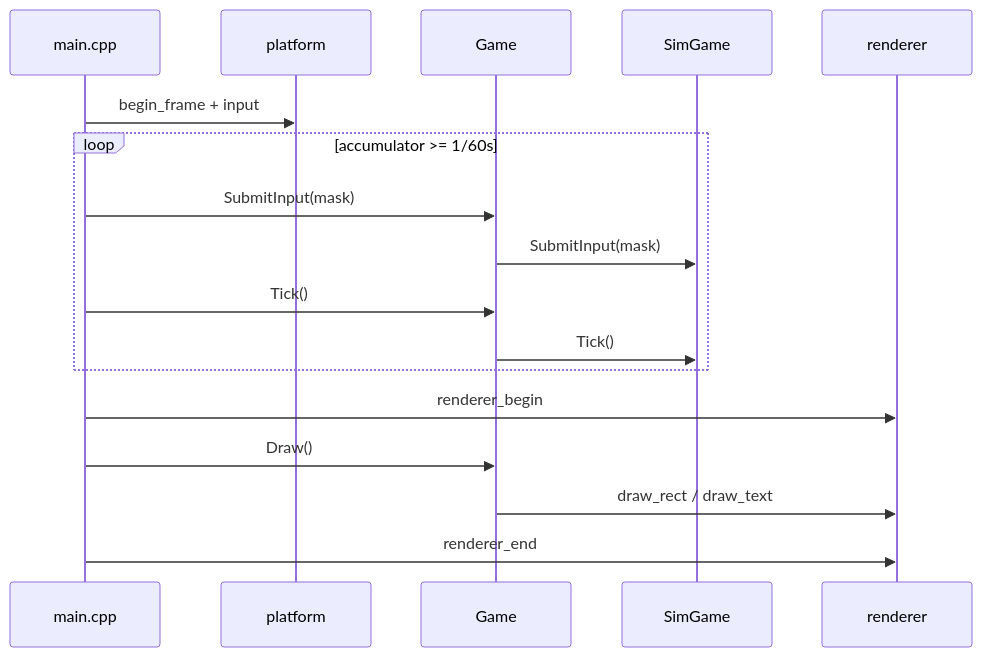
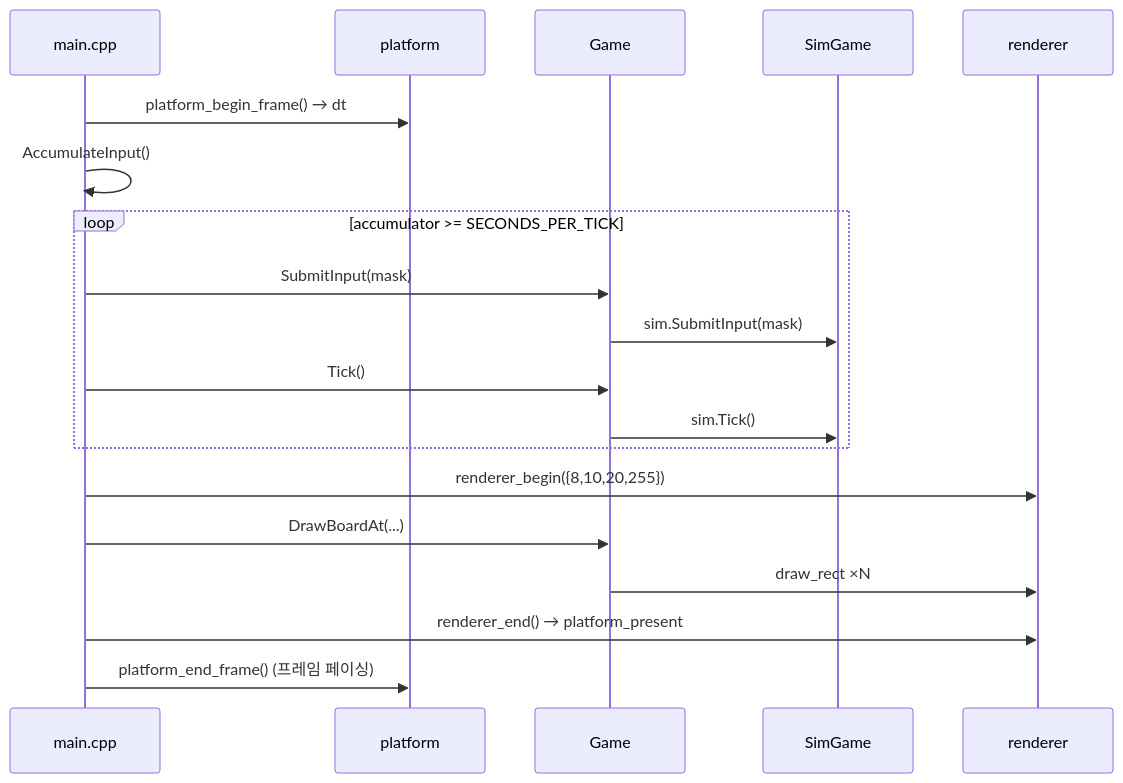
Before and after one commit to Rein-ArXiv/Tetris-Multiplayer-RL: the third of 12 diagrams in docs/blog/part4-game-wrapper-and-loop.md, drawn with Mermaid. The commit also changed other lines of this file and 41 other files, not shown here.

````diff
--- a/docs/blog/part4-game-wrapper-and-loop.md
+++ b/docs/blog/part4-game-wrapper-and-loop.md
@@ -93,19 +298,21 @@
 ```mermaid
 sequenceDiagram
     participant M as main.cpp
     participant P as platform
     participant G as Game
     participant S as SimGame
     participant R as renderer
-    M->>P: begin_frame + input
-    loop accumulator >= 1/60s
+    M->>P: platform_begin_frame() → dt
+    M->>M: AccumulateInput()
+    loop accumulator >= SECONDS_PER_TICK
         M->>G: SubmitInput(mask)
-        G->>S: SubmitInput(mask)
+        G->>S: sim.SubmitInput(mask)
         M->>G: Tick()
-        G->>S: Tick()
+        G->>S: sim.Tick()
     end
-    M->>R: renderer_begin
-    M->>G: Draw()
-    G->>R: draw_rect / draw_text
-    M->>R: renderer_end
+    M->>R: renderer_begin({8,10,20,255})
+    M->>G: DrawBoardAt(...)
+    G->>R: draw_rect ×N
+    M->>R: renderer_end() → platform_present
+    M->>P: platform_end_frame() (프레임 페이싱)
 ```
````
